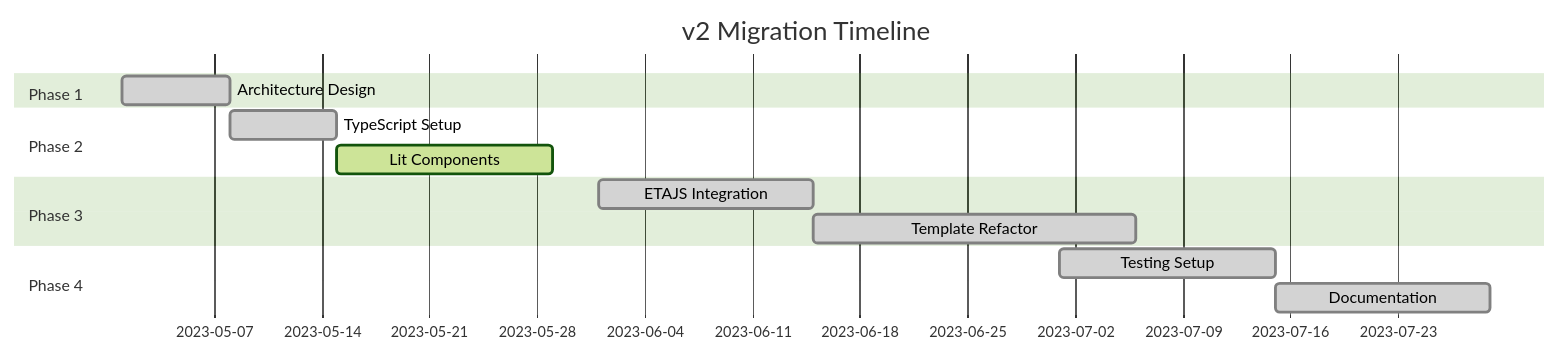
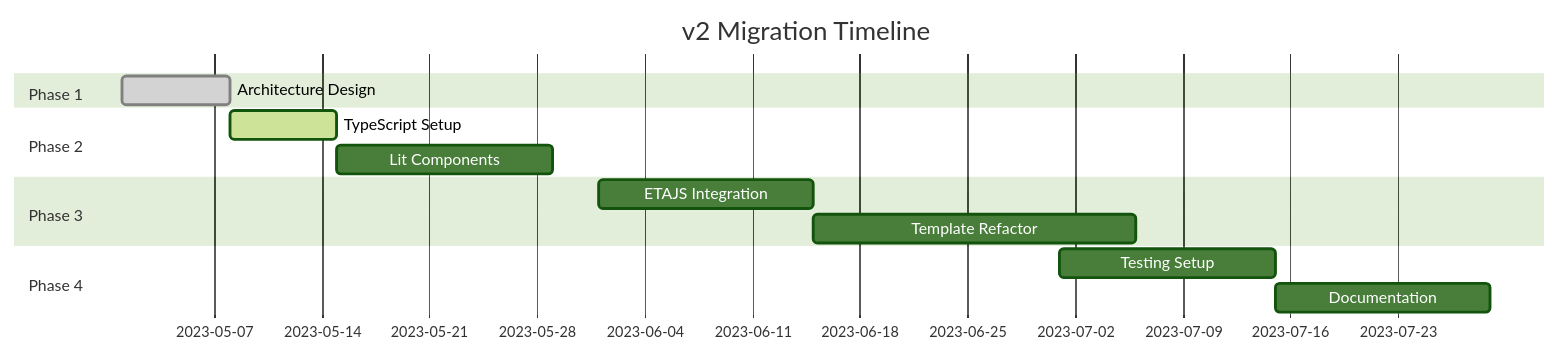
Diagram 17 of 22 in docs_site/api-evolution.md (daredoes/linked-lovelace-ui), drawn with Mermaid (forest theme) before and after one commit. The commit also changed other lines of this file and 1 other file, not shown here.

First line of the commit message:
Fix Mermaid diagram syntax errors in documentation

````diff
--- a/docs_site/api-evolution.md
+++ b/docs_site/api-evolution.md
@@ -531,19 +430,19 @@
 ```mermaid
 gantt
     title v2 Migration Timeline
     dateFormat  YYYY-MM-DD
     section Phase 1
     Architecture Design          :done, des1, 2023-05-01, 7d
     
     section Phase 2
-    TypeScript Setup            :done, des2, 2023-05-08, 7d
-    Lit Components              :active, des3, 2023-05-15, 14d
+    TypeScript Setup            :active, des2, 2023-05-08, 7d
+    Lit Components              :2023-05-15, 14d
     
     section Phase 3
-    ETAJS Integration           :done, des4, 2023-06-01, 14d
-    Template Refactor           :done, des5, 2023-06-15, 21d
+    ETAJS Integration           :2023-06-01, 14d
+    Template Refactor           :2023-06-15, 21d
     
     section Phase 4
-    Testing Setup               :done, des6, 2023-07-01, 14d
-    Documentation               :done, des7, 2023-07-15, 14d
+    Testing Setup               :2023-07-01, 14d
+    Documentation               :2023-07-15, 14d
 ```
````
